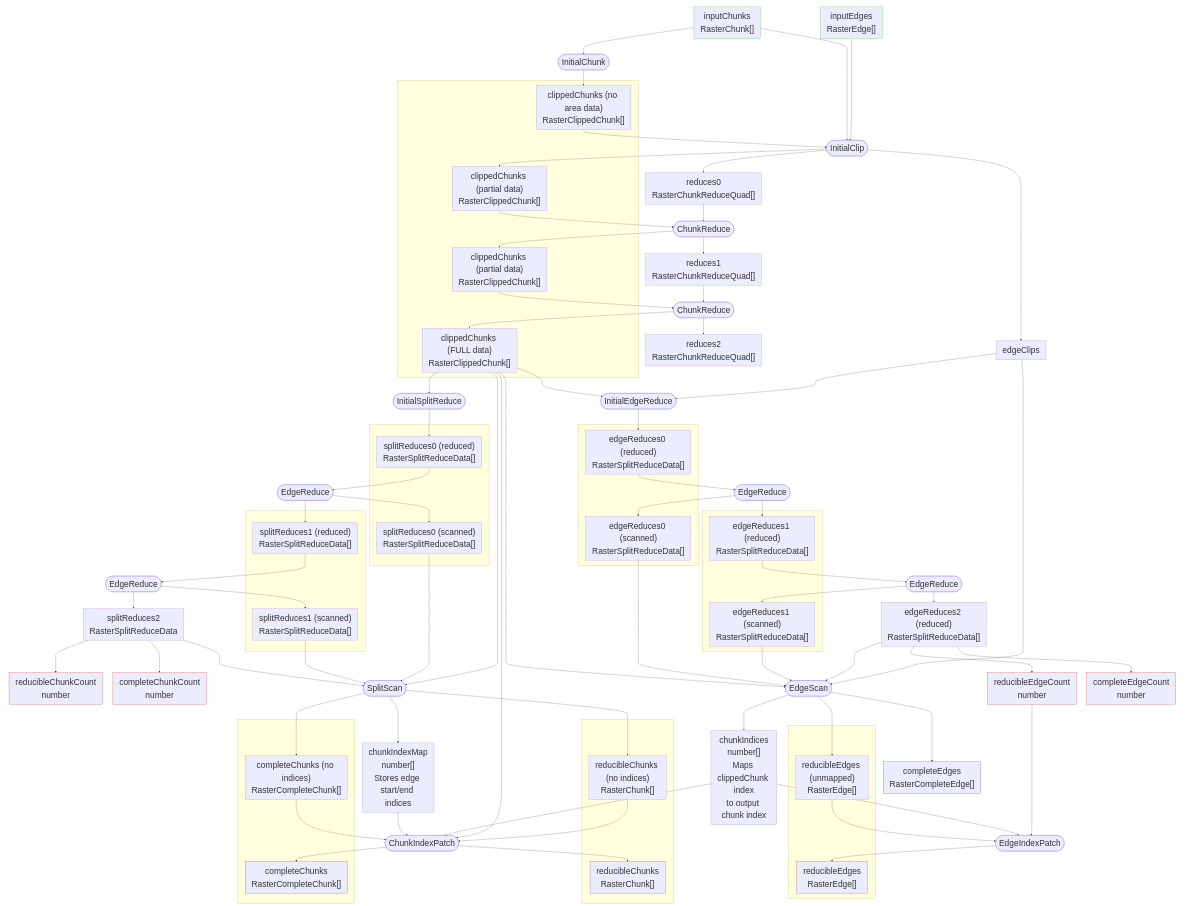
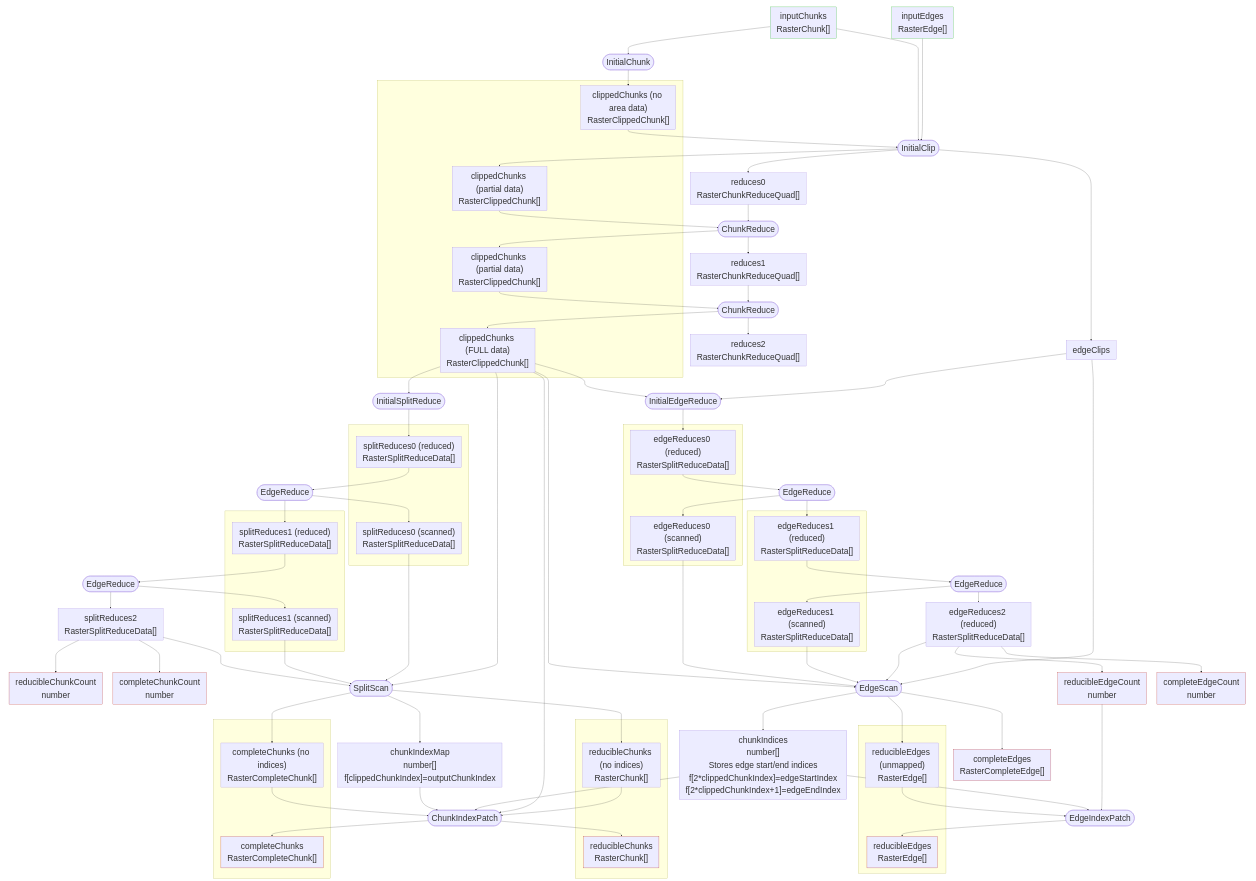
One commit to phetsims/alpenglow changed the diagram in doc/raster-clip.md. Above: the diagram before and after it, drawn with Mermaid.

Commit message:
Improving raster-clip docs

```diff
--- a/doc/raster-clip.md
+++ b/doc/raster-clip.md
@@ -52,7 +52,7 @@
     clippedChunks3 & edgeReduces0scan & edgeReduces1scan & edgeReduces2reduce & edgeClips --> EdgeScan([EdgeScan])
     EdgeScan --> reducibleEdges0
     EdgeScan --> completeEdges
-    EdgeScan --> chunkIndices["chunkIndices<br>number[]<br>Maps clippedChunk index<br>to output chunk index"]
+    EdgeScan --> chunkIndices["chunkIndices<br>number[]<br>Stores edge start/end indices<br>f[2*clippedChunkIndex]=edgeStartIndex<br>f[2*clippedChunkIndex+1]=edgeEndIndex"]
 
     chunkIndices & reducibleEdgeCount & reducibleEdges0 --> EdgeIndexPatch([EdgeIndexPatch]) --> reducibleEdges1
 
@@ -73,7 +73,7 @@
             splitReduces1scan["splitReduces1 (scanned)<br>RasterSplitReduceData[]"]
         end
         
-        splitReduces2["splitReduces2<br>RasterSplitReduceData"]
+        splitReduces2["splitReduces2<br>RasterSplitReduceData[]"]
         
         EdgeReduceX([EdgeReduce])
         EdgeReduceY([EdgeReduce])
@@ -91,7 +91,7 @@
     splitReduces2 & splitReduces1scan & splitReduces0scan & clippedChunks3 --> SplitScan([SplitScan])
     SplitScan --> reducibleChunks0
     SplitScan --> completeChunks0
-    SplitScan --> chunkIndexMap["chunkIndexMap<br>number[]<br>Stores edge start/end indices"]
+    SplitScan --> chunkIndexMap["chunkIndexMap<br>number[]<br>f[clippedChunkIndex]=outputChunkIndex"]
 
     reducibleChunks0 & completeChunks0 & chunkIndexMap & chunkIndices & clippedChunks3 --> ChunkIndexPatch([ChunkIndexPatch])
     ChunkIndexPatch --> reducibleChunks1:::outputClass & completeChunks1:::outputClass
```
